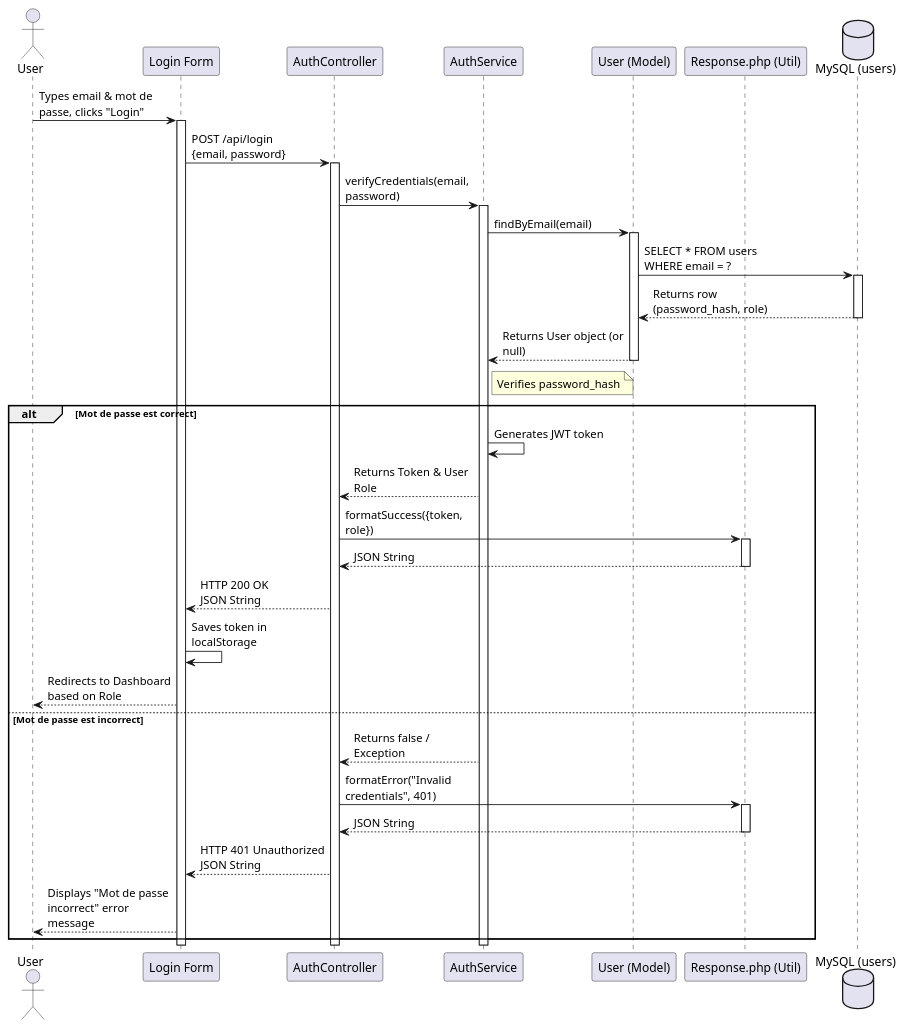
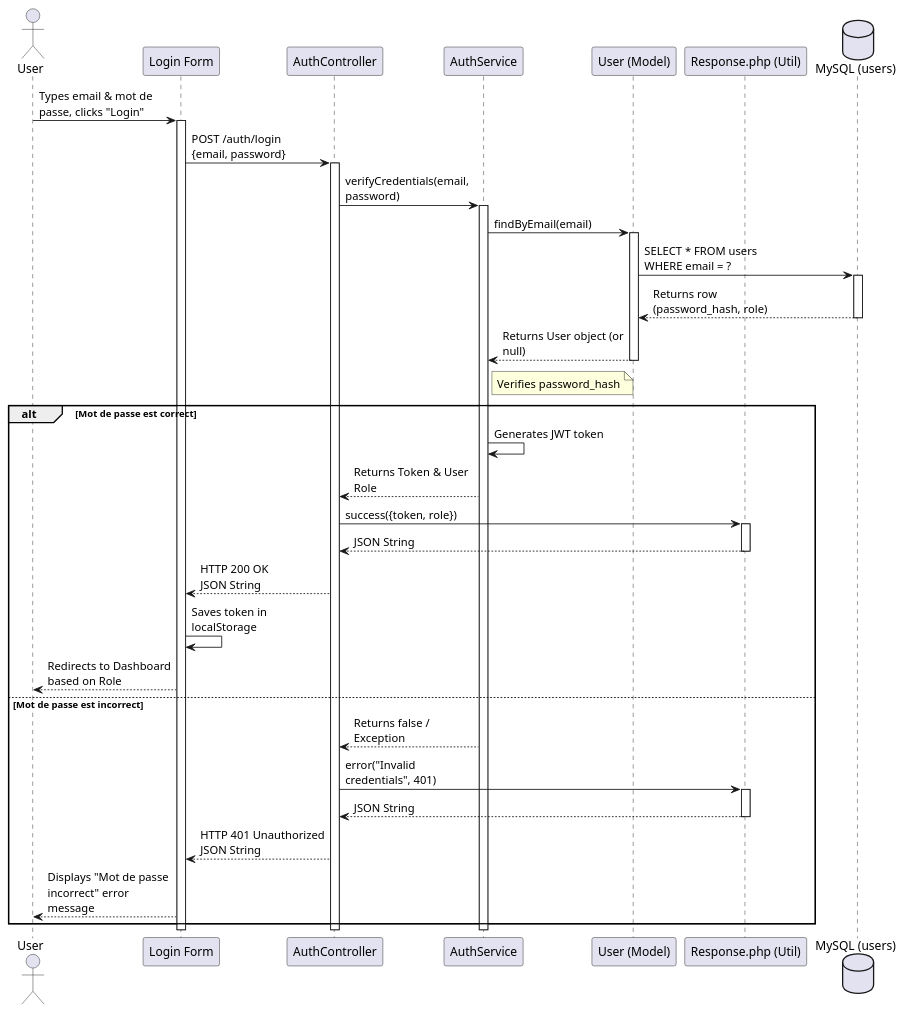
The diagram in docs/sequence/se_connecter.wsd (dss47/Penguins), drawn with PlantUML before and after one commit. The commit also changed 11 other files, not shown here.

Commit message:
sequence edit

```diff
--- a/docs/sequence/se_connecter.wsd
+++ b/docs/sequence/se_connecter.wsd
@@ -1,61 +1,61 @@
 @startuml se_connecter
 skinparam maxMessageSize 150
 
 actor "User" as user
 participant "Login Form" as log_in
 participant "AuthController" as auth_controller
 participant "AuthService" as auth_service
 participant "User (Model)" as model
 participant "Response.php (Util)" as res
 database "MySQL (users)" as db
 
 user -> log_in: Types email & mot de passe, clicks "Login"
 activate log_in
 
-  log_in -> auth_controller : POST /api/login\n{email, password}
+  log_in -> auth_controller : POST /auth/login\n{email, password}
   activate auth_controller
   
     auth_controller -> auth_service : verifyCredentials(email, password)
     activate auth_service
       auth_service -> model : findByEmail(email)
       activate model
         model -> db : SELECT * FROM users\nWHERE email = ?
         activate db 
           db --> model : Returns row (password_hash, role)
         deactivate db
         model --> auth_service : Returns User object (or null)
       deactivate model
       
       note right of auth_service : Verifies password_hash
       
       alt Mot de passe est correct
           
           auth_service -> auth_service : Generates JWT token
           auth_service --> auth_controller : Returns Token & User Role
-          auth_controller -> res : formatSuccess({token, role})
+          auth_controller -> res : success({token, role})
           activate res
             res --> auth_controller : JSON String
           deactivate res
           
           auth_controller --> log_in : HTTP 200 OK\nJSON String
           log_in -> log_in : Saves token in localStorage
           log_in --> user : Redirects to Dashboard based on Role
           
       else Mot de passe est incorrect
           
           auth_service --> auth_controller : Returns false / Exception
-          auth_controller -> res : formatError("Invalid credentials", 401)
+          auth_controller -> res : error("Invalid credentials", 401)
           activate res
             res --> auth_controller : JSON String
           deactivate res
           
           auth_controller --> log_in : HTTP 401 Unauthorized\nJSON String
           log_in --> user : Displays "Mot de passe incorrect" error message
           
       end
       
     deactivate auth_service
   deactivate auth_controller
 deactivate log_in
 
 @enduml
```
